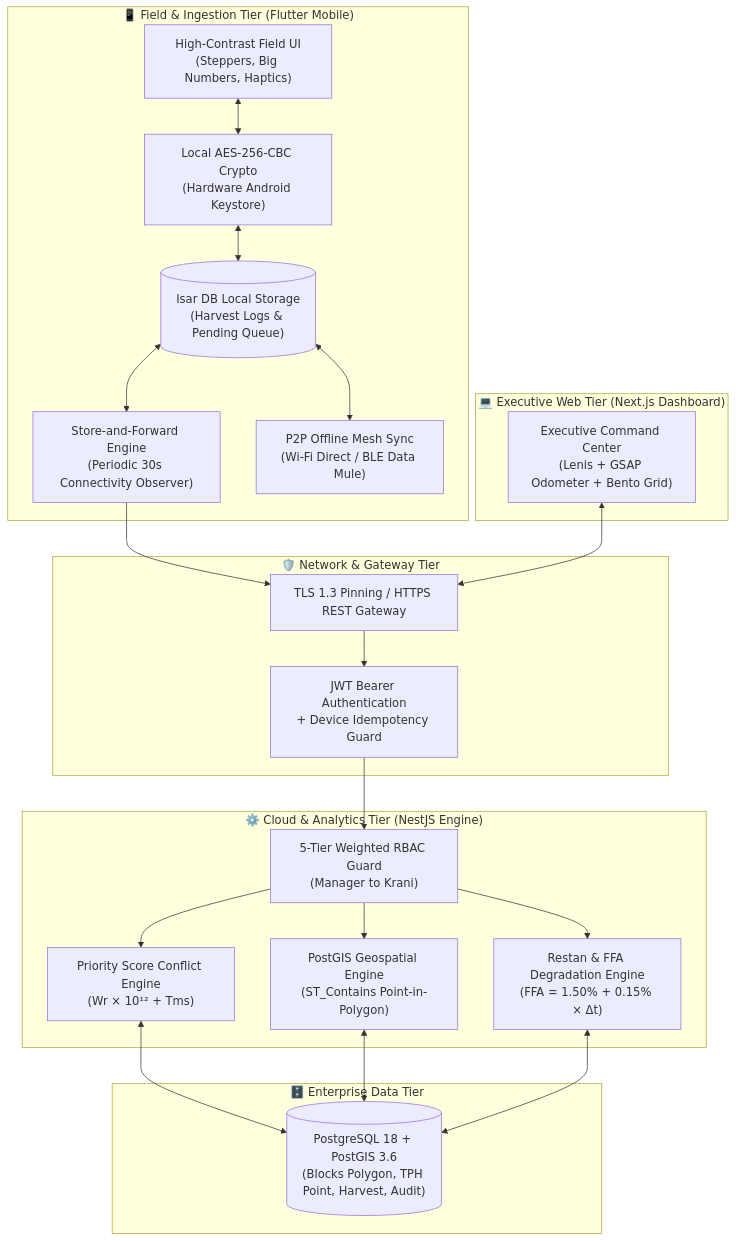
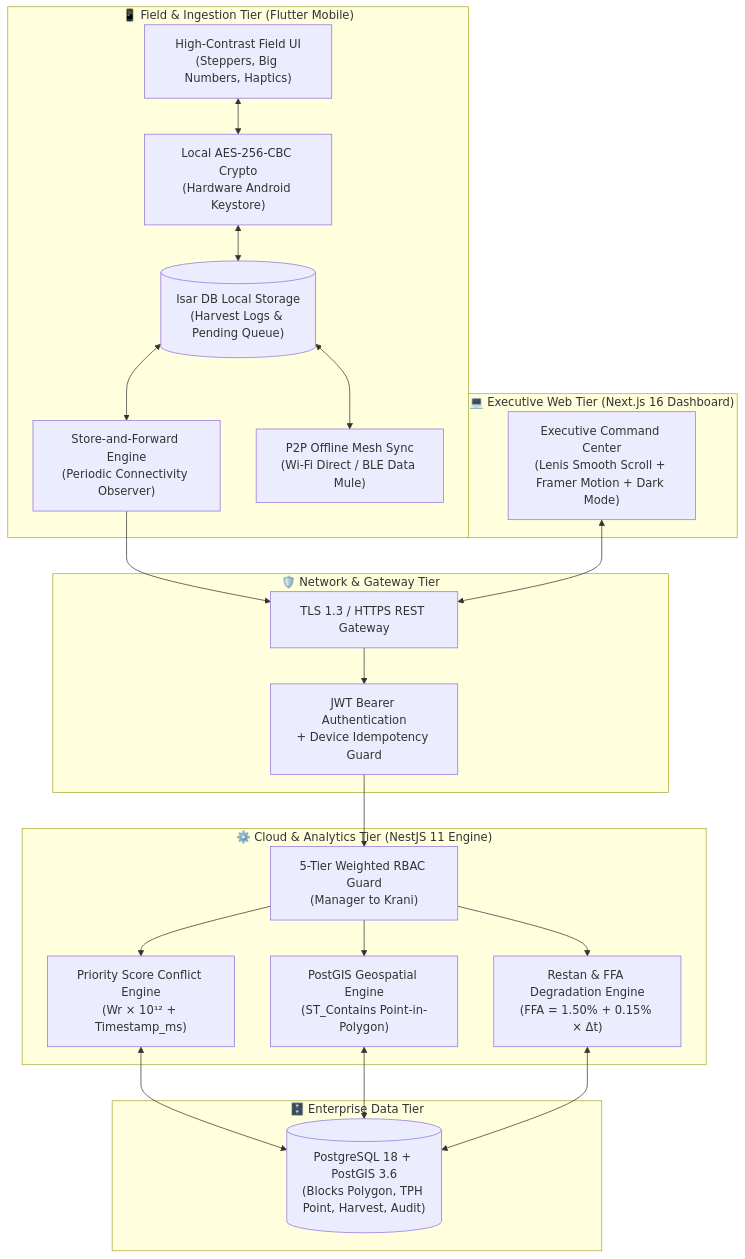
One commit to felichpehagasaginting-code/SawitGO changed the diagram in README.md. Above: the diagram before and after it, drawn with Mermaid. The commit also changed other lines of this file and 90 other files, not shown here.

Commit message:
feat: complete SawitGO enterprise platform with offline-first mobile, backend weighted consensus, and modern animated web dashboard with dark mode

````diff
--- a/README.md
+++ b/README.md
@@ -39,46 +46,46 @@
 ```mermaid
 graph TB
     subgraph FIELD_TIER ["📱 Field & Ingestion Tier (Flutter Mobile)"]
         MOBILE_UI["High-Contrast Field UI\n(Steppers, Big Numbers, Haptics)"]
         LOCAL_CRYPT["Local AES-256-CBC Crypto\n(Hardware Android Keystore)"]
         ISAR_DB[("Isar DB Local Storage\n(Harvest Logs & Pending Queue)")]
-        SYNC_WORKER["Store-and-Forward Engine\n(Periodic 30s Connectivity Observer)"]
+        SYNC_WORKER["Store-and-Forward Engine\n(Periodic Connectivity Observer)"]
         P2P_ENGINE["P2P Offline Mesh Sync\n(Wi-Fi Direct / BLE Data Mule)"]
 
         MOBILE_UI <--> LOCAL_CRYPT
         LOCAL_CRYPT <--> ISAR_DB
         ISAR_DB <--> SYNC_WORKER
         ISAR_DB <--> P2P_ENGINE
     end
 
     subgraph SECURITY_TIER ["🛡️ Network & Gateway Tier"]
-        TLS_GATEWAY["TLS 1.3 Pinning / HTTPS REST Gateway"]
+        TLS_GATEWAY["TLS 1.3 / HTTPS REST Gateway"]
         AUTH_JWT["JWT Bearer Authentication\n+ Device Idempotency Guard"]
     end
 
-    subgraph BACKEND_TIER ["⚙️ Cloud & Analytics Tier (NestJS Engine)"]
+    subgraph BACKEND_TIER ["⚙️ Cloud & Analytics Tier (NestJS 11 Engine)"]
         RBAC_GUARD["5-Tier Weighted RBAC Guard\n(Manager to Krani)"]
-        CONFLICT_ENGINE["Priority Score Conflict Engine\n(Wr × 10¹² + Tms)"]
+        CONFLICT_ENGINE["Priority Score Conflict Engine\n(Wr × 10¹² + Timestamp_ms)"]
         GEO_ENGINE["PostGIS Geospatial Engine\n(ST_Contains Point-in-Polygon)"]
         RESTAN_ENGINE["Restan & FFA Degradation Engine\n(FFA = 1.50% + 0.15% × Δt)"]
     end
 
     subgraph DATA_TIER ["🗄️ Enterprise Data Tier"]
         PG_DB[("PostgreSQL 18 + PostGIS 3.6\n(Blocks Polygon, TPH Point, Harvest, Audit)")]
     end
 
-    subgraph WEB_TIER ["💻 Executive Web Tier (Next.js Dashboard)"]
-        COMMAND_CENTER["Executive Command Center\n(Lenis + GSAP Odometer + Bento Grid)"]
+    subgraph WEB_TIER ["💻 Executive Web Tier (Next.js 16 Dashboard)"]
+        COMMAND_CENTER["Executive Command Center\n(Lenis Smooth Scroll + Framer Motion + Dark Mode)"]
     end
 
     SYNC_WORKER --> TLS_GATEWAY
     TLS_GATEWAY --> AUTH_JWT
     AUTH_JWT --> RBAC_GUARD
     RBAC_GUARD --> CONFLICT_ENGINE
     RBAC_GUARD --> GEO_ENGINE
     RBAC_GUARD --> RESTAN_ENGINE
     CONFLICT_ENGINE <--> PG_DB
     GEO_ENGINE <--> PG_DB
     RESTAN_ENGINE <--> PG_DB
     COMMAND_CENTER <--> TLS_GATEWAY
 ```
````
